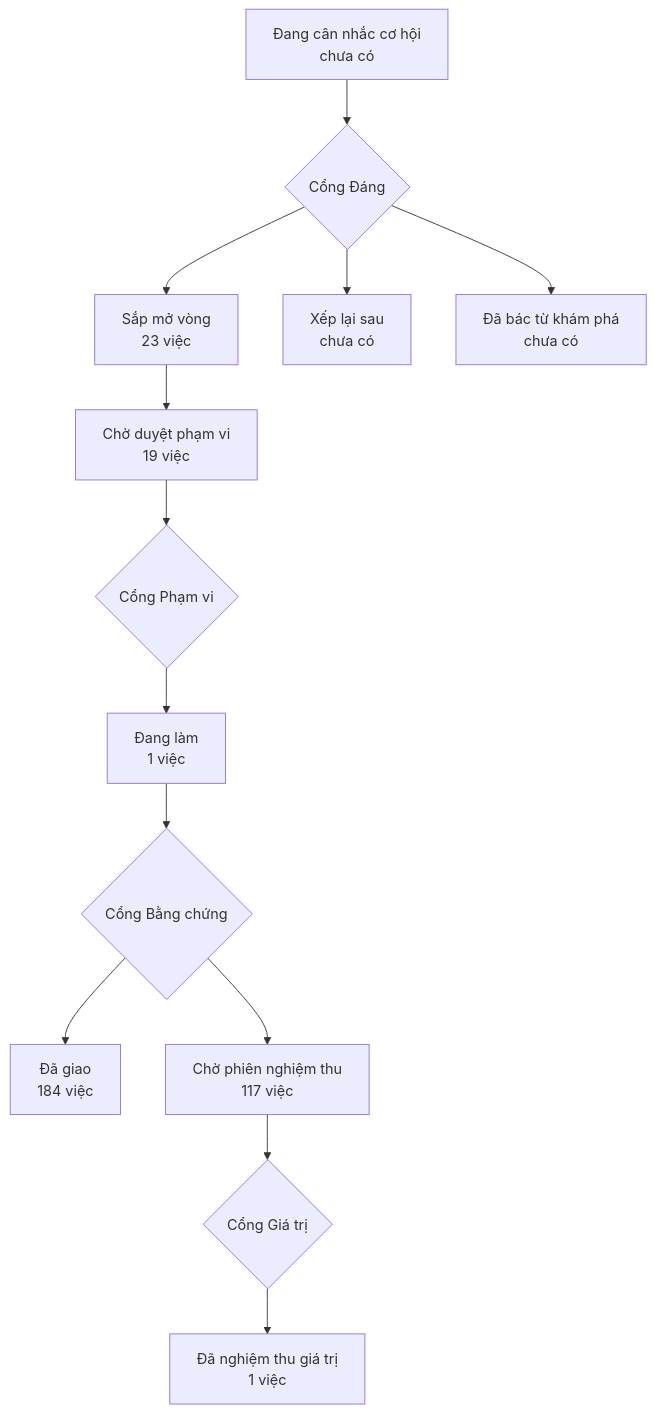
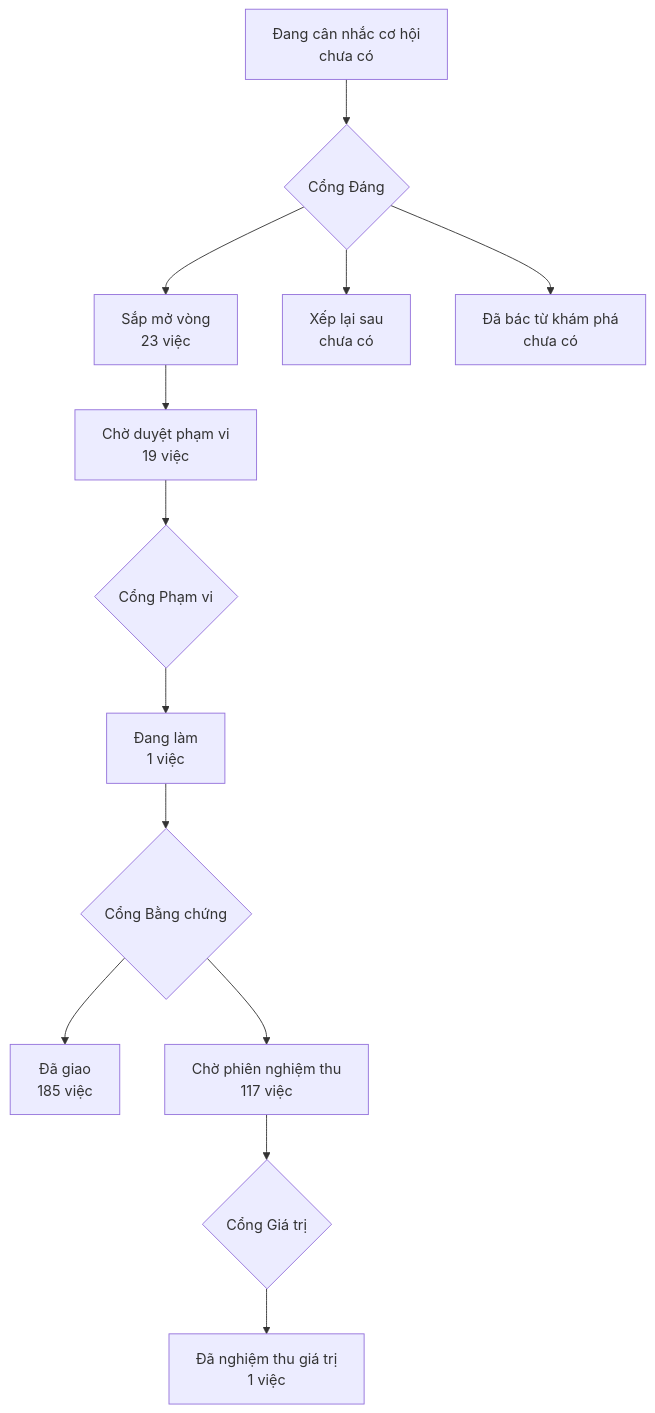
The diagram in PRODUCT-MAP.md (phanlemanh/onehub-invest), drawn with Mermaid before and after one commit. The commit also changed other lines of this file and 1 other file, not shown here.

Commit message:
docs: vẽ lại bản đồ sản phẩm sau gộp main (can-gia-tot-cung-loai)

````diff
--- a/PRODUCT-MAP.md
+++ b/PRODUCT-MAP.md
@@ -7,12 +7,12 @@
 ```mermaid
 flowchart TD
   A["Đang cân nhắc cơ hội<br/>chưa có"] --> GD{"Cổng Đáng"}
   GD --> B["Sắp mở vòng<br/>23 việc"]
   GD --> XL["Xếp lại sau<br/>chưa có"]
   GD --> DB["Đã bác từ khám phá<br/>chưa có"]
   B --> CD["Chờ duyệt phạm vi<br/>19 việc"] --> GP{"Cổng Phạm vi"}
   GP --> DL["Đang làm<br/>1 việc"] --> GB{"Cổng Bằng chứng"}
-  GB --> DG["Đã giao<br/>184 việc"]
+  GB --> DG["Đã giao<br/>185 việc"]
   GB --> CN["Chờ phiên nghiệm thu<br/>117 việc"] --> GG{"Cổng Giá trị"}
   GG --> NT["Đã nghiệm thu giá trị<br/>1 việc"]
 ```
````
